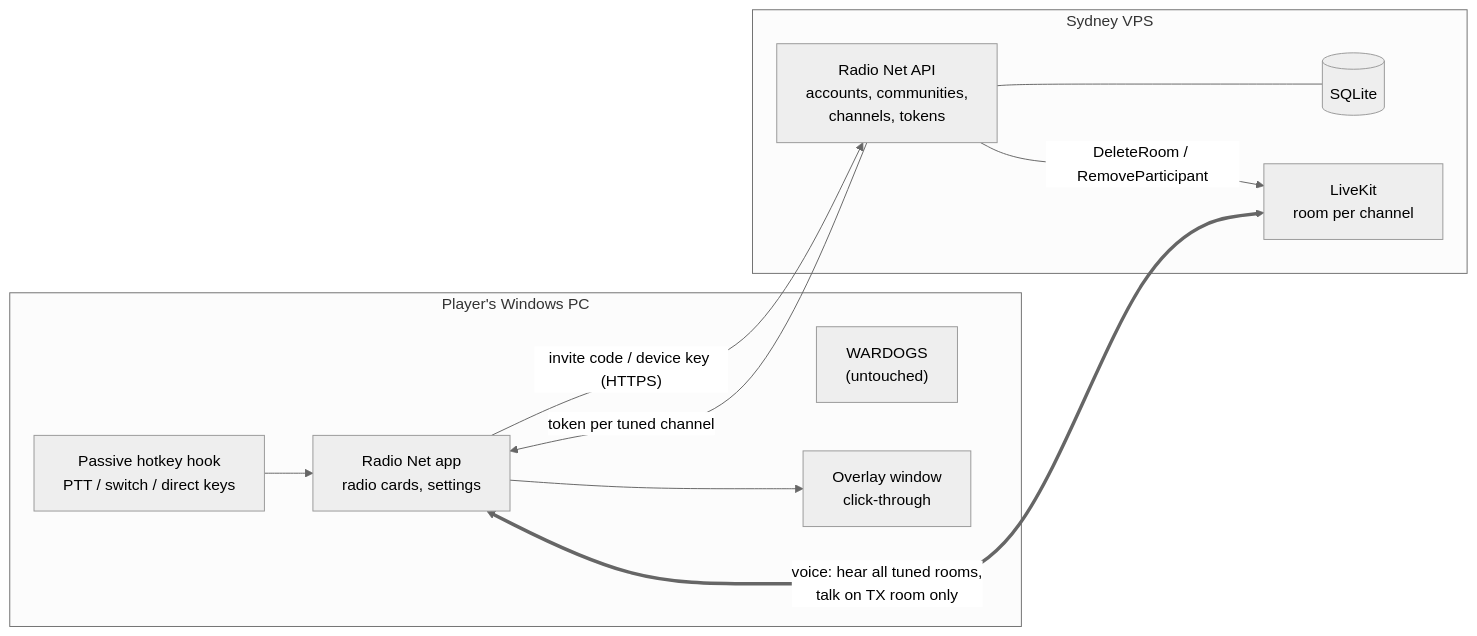
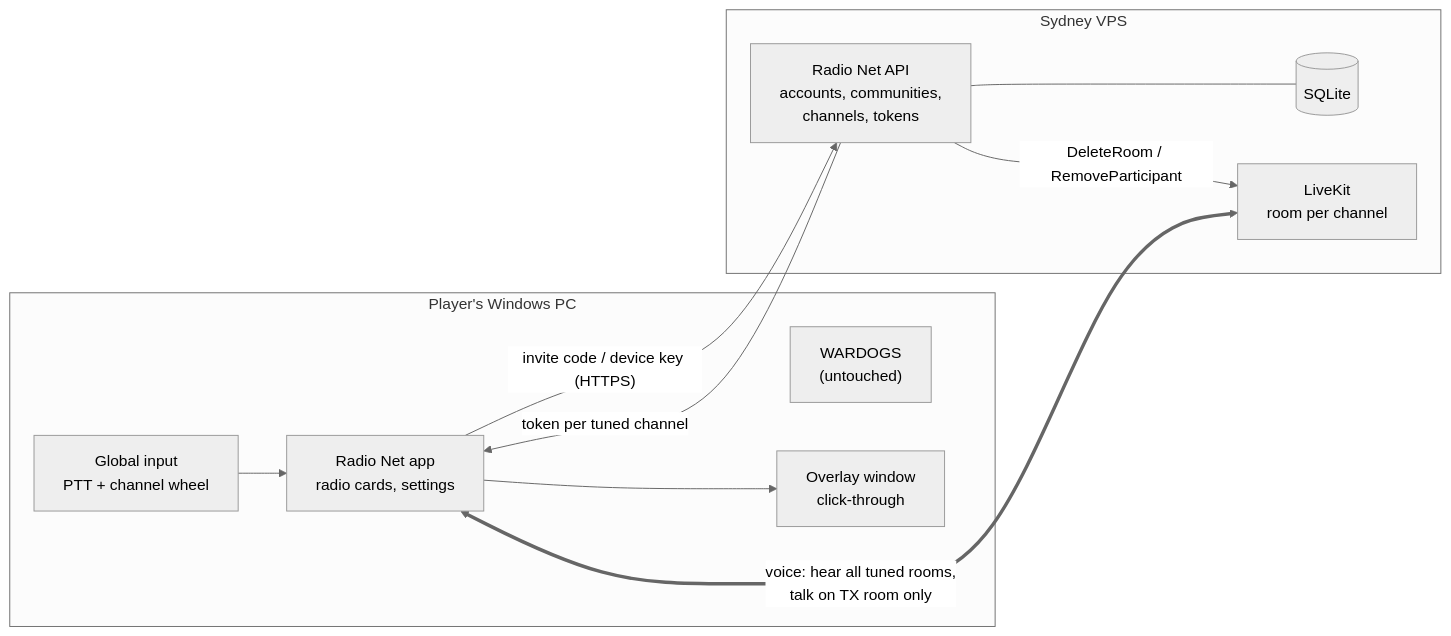
One commit to Tubss2/radio-net changed the second of 2 diagrams in docs/PLAN.md. Above: the diagram before and after it, drawn with Mermaid (neutral theme). The commit also changed other lines of this file and 61 other files, not shown here.

````diff
--- a/docs/PLAN.md
+++ b/docs/PLAN.md
@@ -96,20 +96,20 @@
 ```mermaid
 flowchart LR
   subgraph PC["Player's Windows PC"]
     G["WARDOGS<br/>(untouched)"]
     A["Radio Net app<br/>radio cards, settings"]
-    H["Passive hotkey hook<br/>PTT / switch / direct keys"]
+    H["Global input<br/>PTT + channel wheel"]
     O["Overlay window<br/>click-through"]
     H --> A --> O
   end
   subgraph VPS["Sydney VPS"]
     API["Radio Net API<br/>accounts, communities,<br/>channels, tokens"]
     DB[("SQLite")]
     LK["LiveKit<br/>room per channel"]
     API --- DB
     API -- "DeleteRoom / RemoveParticipant" --> LK
   end
   A -- "invite code / device key (HTTPS)" --> API
   API -- "token per tuned channel" --> A
   A <== "voice: hear all tuned rooms,<br/>talk on TX room only" ==> LK
 ```
````
